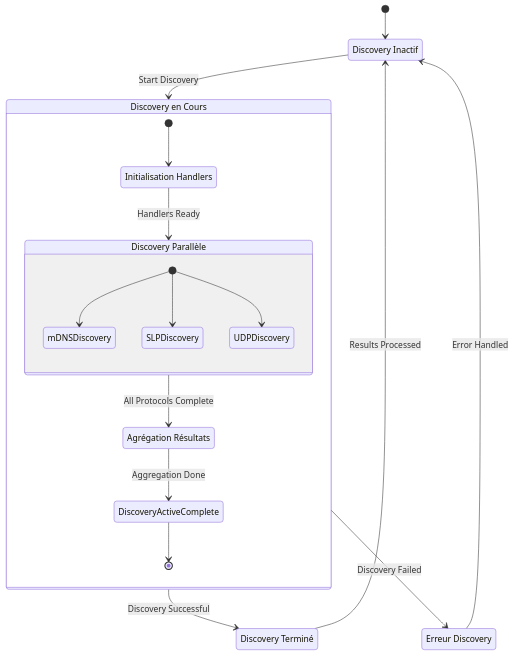
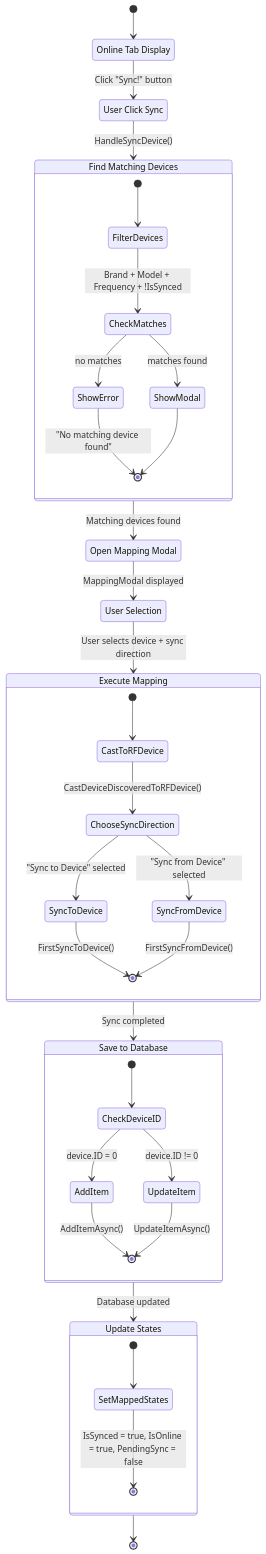
The fifth of 5 diagrams in docusaurus/docs/uml-analysis/state-diagrams.md (Beatwen/RF_Go), drawn with Mermaid before and after one commit. The commit also changed other lines of this file and 123 other files, not shown here.

````diff
--- a/docusaurus/docs/uml-analysis/state-diagrams.md
+++ b/docusaurus/docs/uml-analysis/state-diagrams.md
@@ -209,41 +230,60 @@
 ```mermaid
 stateDiagram-v2
-    [*] --> DiscoveryIdle
+    [*] --> OnlineTabDisplay
     
-    state "Discovery Inactif" as DiscoveryIdle
-    state "Discovery en Cours" as DiscoveryActive
-    state "Discovery Terminé" as DiscoveryComplete
-    state "Erreur Discovery" as DiscoveryError
+    state "Online Tab Display" as OnlineTabDisplay
+    state "User Click Sync" as UserClickSync
+    state "Find Matching Devices" as FindMatching
+    state "Open Mapping Modal" as OpenModal
+    state "User Selection" as UserSelection
+    state "Execute Mapping" as ExecuteMapping
+    state "Save to Database" as SaveToDB
+    state "Update States" as UpdateStates
     
-    DiscoveryIdle --> DiscoveryActive : Start Discovery
+    OnlineTabDisplay --> UserClickSync : Click "Sync!" button
+    UserClickSync --> FindMatching : HandleSyncDevice()
     
-    state DiscoveryActive {
-        [*] --> InitializingHandlers
-        
-        state "Initialisation Handlers" as InitializingHandlers
-        state "Discovery Parallèle" as ParallelDiscovery
-        state "Agrégation Résultats" as AggregatingResults
-        
-        InitializingHandlers --> ParallelDiscovery : Handlers Ready
-        
-        state ParallelDiscovery {
-            state mDNSDiscovery
-            state SLPDiscovery  
-            state UDPDiscovery
-            
-            [*] --> mDNSDiscovery
-            [*] --> SLPDiscovery
-            [*] --> UDPDiscovery
-        }
-        
-        ParallelDiscovery --> AggregatingResults : All Protocols Complete
-        AggregatingResults --> DiscoveryActiveComplete : Aggregation Done
-        DiscoveryActiveComplete --> [*]
+    state FindMatching {
+        [*] --> FilterDevices
+        FilterDevices --> CheckMatches : Brand + Model + Frequency + !IsSynced
+        CheckMatches --> ShowModal : matches found
+        CheckMatches --> ShowError : no matches
+        ShowError --> [*] : "No matching device found"
+        ShowModal --> [*]
     }
     
-    DiscoveryActive --> DiscoveryComplete : Discovery Successful
-    DiscoveryActive --> DiscoveryError : Discovery Failed
+    FindMatching --> OpenModal : Matching devices found
+    OpenModal --> UserSelection : MappingModal displayed
+    UserSelection --> ExecuteMapping : User selects device + sync direction
     
-    DiscoveryComplete --> DiscoveryIdle : Results Processed
-    DiscoveryError --> DiscoveryIdle : Error Handled
+    state ExecuteMapping {
+        [*] --> CastToRFDevice
+        CastToRFDevice --> ChooseSyncDirection : CastDeviceDiscoveredToRFDevice()
+        
+        ChooseSyncDirection --> SyncToDevice : "Sync to Device" selected
+        ChooseSyncDirection --> SyncFromDevice : "Sync from Device" selected
+        
+        SyncToDevice --> [*] : FirstSyncToDevice()
+        SyncFromDevice --> [*] : FirstSyncFromDevice()
+    }
+    
+    ExecuteMapping --> SaveToDB : Sync completed
+    
+    state SaveToDB {
+        [*] --> CheckDeviceID
+        CheckDeviceID --> AddItem : device.ID = 0
+        CheckDeviceID --> UpdateItem : device.ID != 0
+        
+        AddItem --> [*] : AddItemAsync<RFDevice>()
+        UpdateItem --> [*] : UpdateItemAsync<RFDevice>()
+    }
+    
+    SaveToDB --> UpdateStates : Database updated
+    
+    state UpdateStates {
+        [*] --> SetMappedStates
+        SetMappedStates --> [*] : IsSynced = true, IsOnline = true, PendingSync = false
+    }
+    
+    UpdateStates --> [*]
 ```
````
